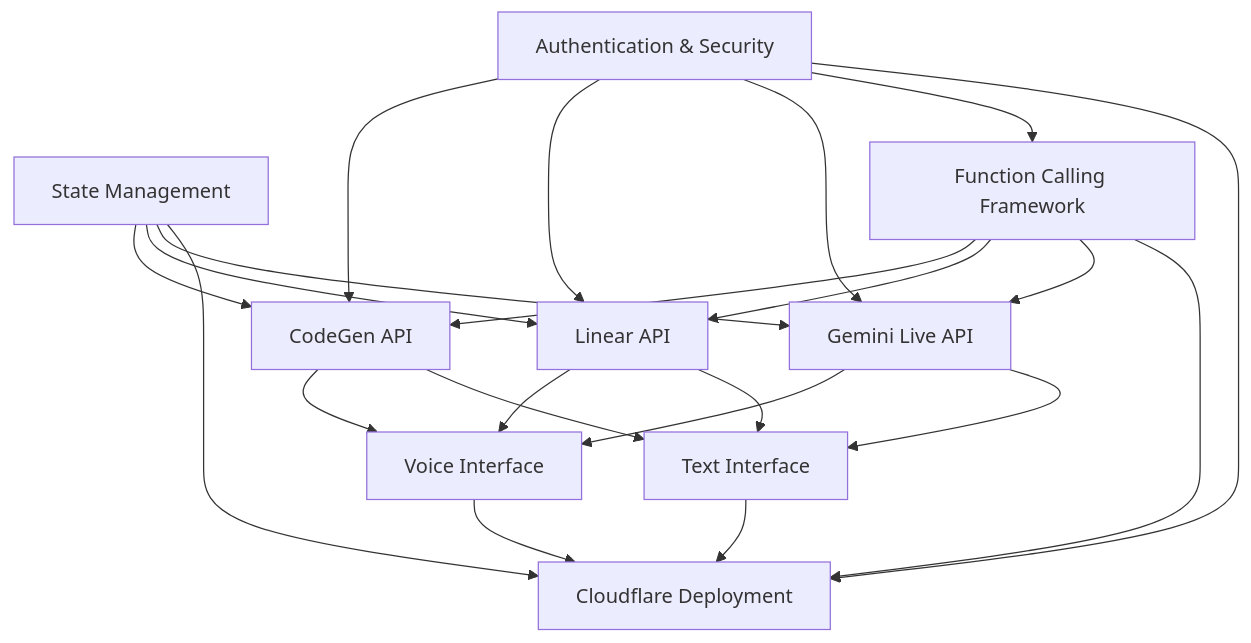
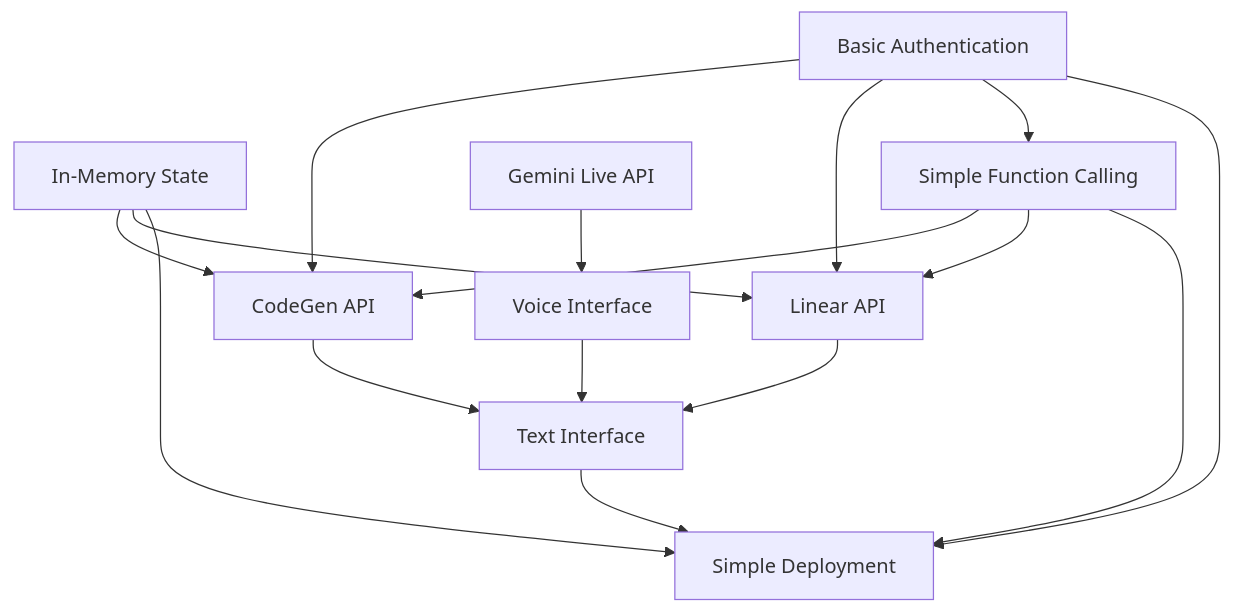
Before and after one commit to helaix/agient_ops: the diagram in projects/gemini-live-interface-to-codegen/planning/05-workplans/README.md, drawn with Mermaid. The commit also changed other lines of this file and 3 other files, not shown here.

````diff
--- a/projects/gemini-live-interface-to-codegen/planning/05-workplans/README.md
+++ b/projects/gemini-live-interface-to-codegen/planning/05-workplans/README.md
@@ -107,30 +132,24 @@
 ```mermaid
 graph TD
-    A[State Management] --> D[CodeGen API]
+    A[In-Memory State] --> D[CodeGen API]
     A --> E[Linear API]
-    A --> F[Gemini Live API]
     
-    B[Authentication & Security] --> D
+    B[Basic Authentication] --> D
     B --> E
-    B --> F
-    B --> C[Function Calling Framework]
+    B --> C[Simple Function Calling]
     
     C --> D
     C --> E
-    C --> F
-    
-    D --> G[Voice Interface]
-    E --> G
-    F --> G
     
     D --> H[Text Interface]
     E --> H
-    F --> H
     
-    G --> I[Cloudflare Deployment]
-    H --> I
+    F[Gemini Live API] --> G[Voice Interface]
+    G --> H
+    
+    H --> I[Simple Deployment]
     
     A --> I
     B --> I
     C --> I
 ```
````
